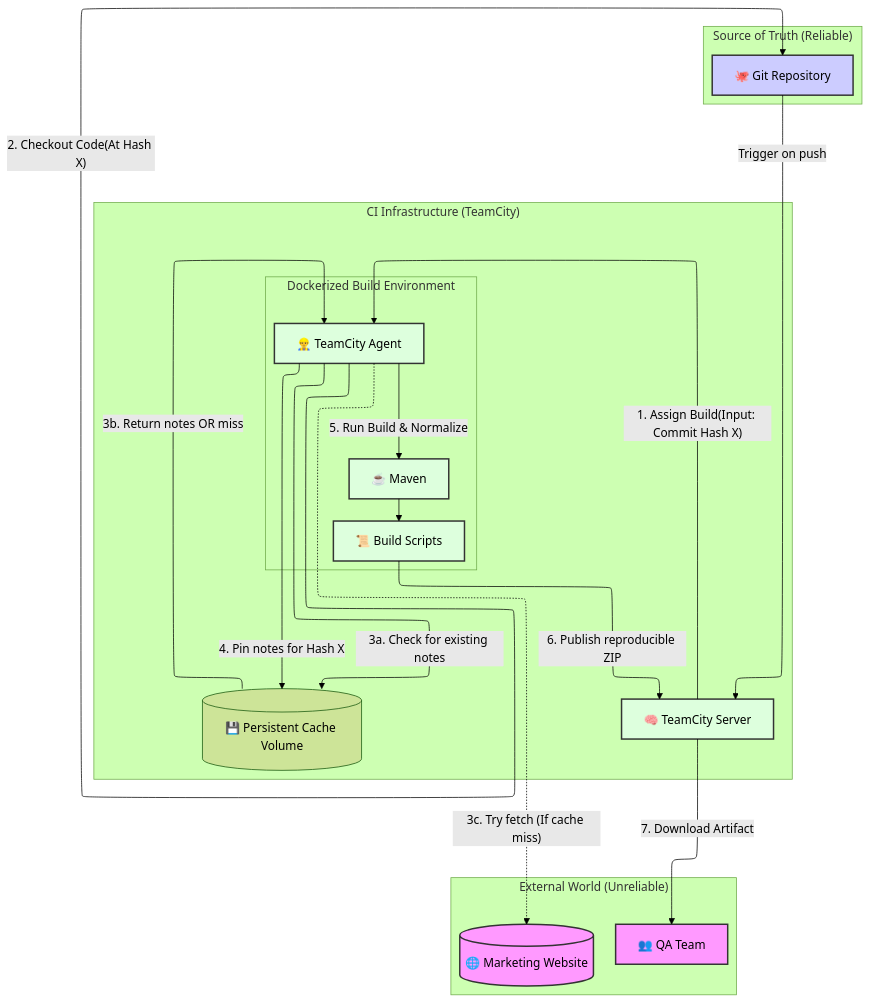
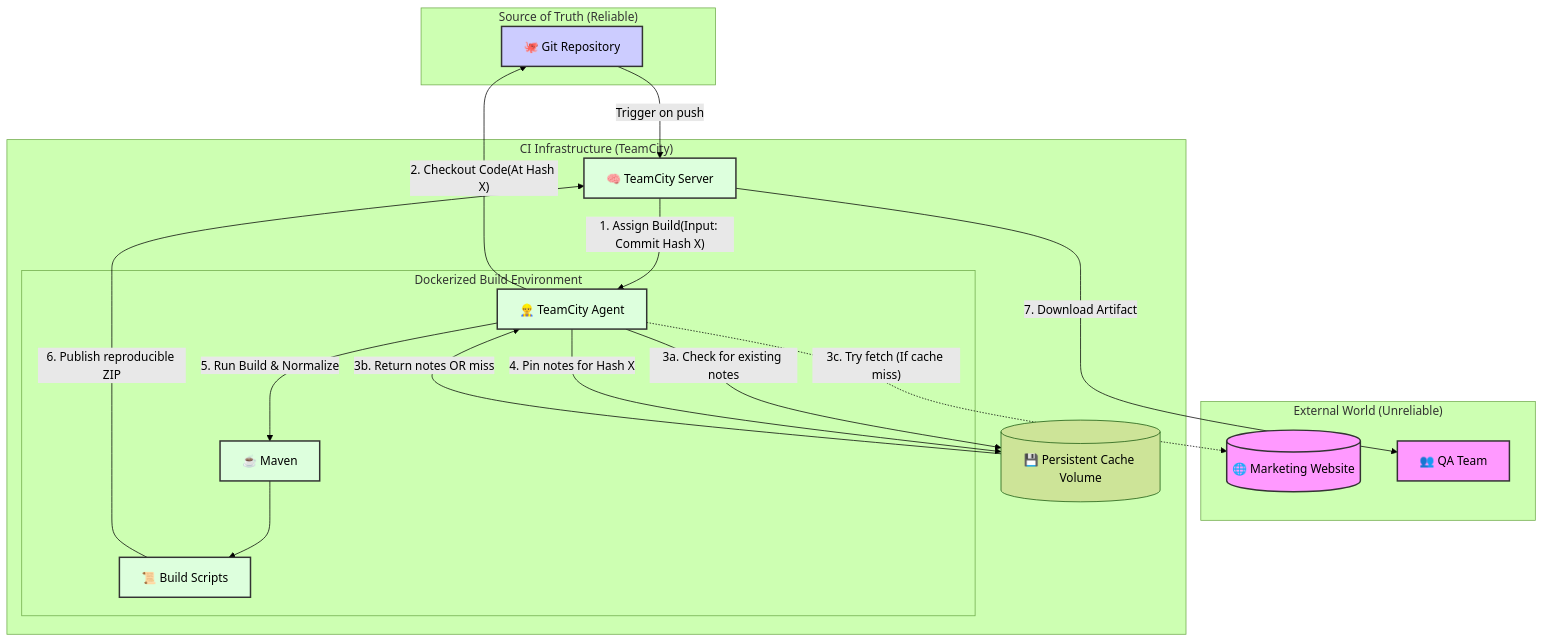
One commit to yazdipour/jtb-task changed the diagram in README.md. Above: the diagram before and after it, drawn with Mermaid (forest theme).

Commit message:
chore: Remove outdated config section from README

````diff
--- a/README.md
+++ b/README.md
@@ -66,47 +66,43 @@
 ```mermaid
----
-config:
-  layout: elk
----
 flowchart TB
  subgraph s1["External World (Unreliable)"]
         MarketingSite[("🌐 Marketing Website")]
         QA_Team["👥 QA Team"]
   end
  subgraph s2["Source of Truth (Reliable)"]
         GitRepo[🐙 Git Repository]
  end
  subgraph s3["Dockerized Build Environment"]
         TCAgent["👷‍♂️ TeamCity Agent"]
         Maven["☕ Maven"]
         Scripts["📜 Build Scripts"]
   end
  subgraph s4["CI Infrastructure (TeamCity)"]
         TCServer["🧠 TeamCity Server"]
         s3
         CacheVolume[("💾 Persistent Cache Volume")]
   end
     GitRepo -- Trigger on push --> TCServer
     TCServer -- "1. Assign Build(Input: Commit Hash X)" --> TCAgent
     TCAgent -- "2. Checkout Code(At Hash X)" --> GitRepo
     TCAgent -- "3a. Check for existing notes" --> CacheVolume
     CacheVolume -- "3b. Return notes OR miss" --> TCAgent
     TCAgent -. "3c. Try fetch (If cache miss)" .-> MarketingSite
     TCAgent -- "4. Pin notes for Hash X" --> CacheVolume
     TCAgent -- "5. Run Build & Normalize" --> Maven
     Maven --> Scripts
     Scripts -- "6. Publish reproducible ZIP" --> TCServer
     TCServer -- "7. Download Artifact" --> QA_Team
 
      MarketingSite:::external
      QA_Team:::external
      GitRepo:::source
      TCAgent:::ci
      Maven:::ci
      Scripts:::ci
      TCServer:::ci
      CacheVolume:::storage
     classDef external fill:#f9f,stroke:#333,stroke-width:2px
     classDef source fill:#ccf,stroke:#333,stroke-width:2px
     classDef ci fill:#dfd,stroke:#333,stroke-width:2px
 ```
````
